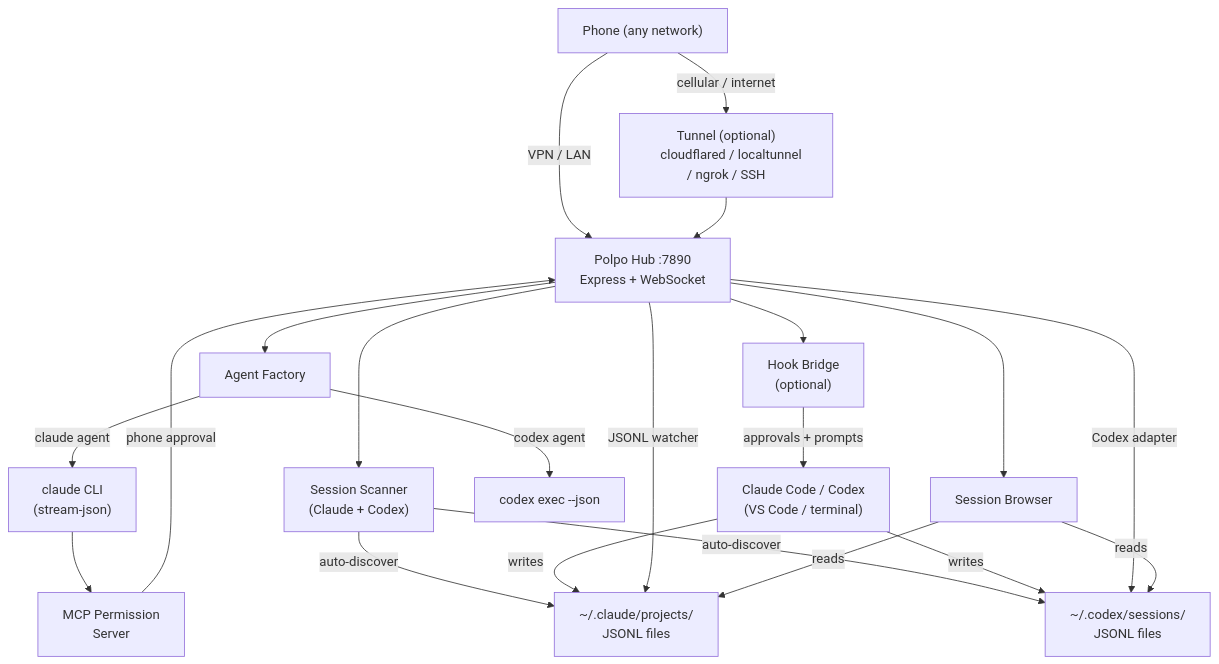
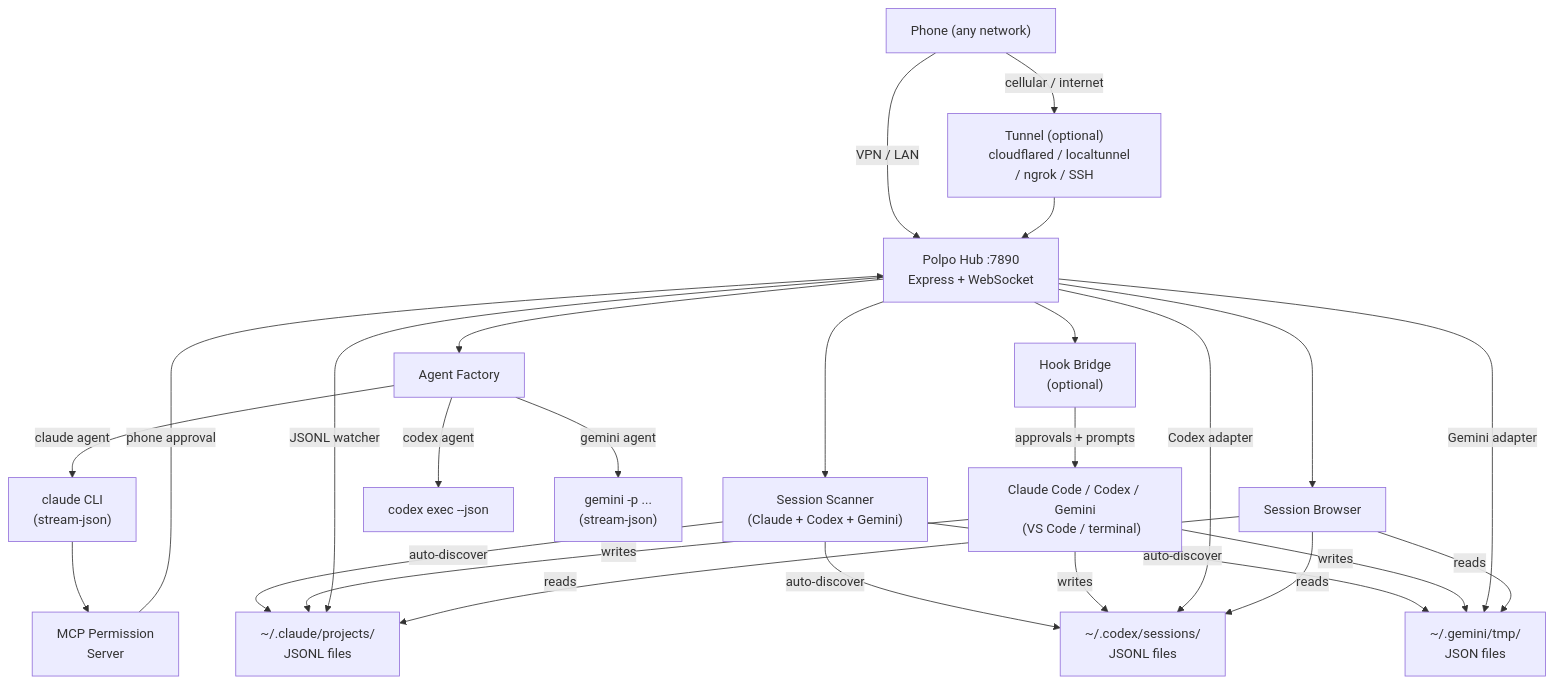
One commit to pugliatechs/polpo changed the diagram in README.md. Above: the diagram before and after it, drawn with Mermaid. The commit also changed other lines of this file and 17 other files, not shown here.

````diff
--- a/README.md
+++ b/README.md
@@ -388,46 +424,55 @@
 ```mermaid
 graph TD
     Phone["Phone (any network)"]
     Tunnel["Tunnel (optional)
     cloudflared / localtunnel / ngrok / SSH"]
     Hub["Polpo Hub :7890
     Express + WebSocket"]
     Factory["Agent Factory"]
     Scanner["Session Scanner
-    (Claude + Codex)"]
+    (Claude + Codex + Gemini)"]
     Hooks["Hook Bridge
     (optional)"]
     Browser["Session Browser"]
     Claude["claude CLI
     (stream-json)"]
     Codex["codex exec --json"]
-    VSCode["Claude Code / Codex
+    Gemini["gemini -p ...
+    (stream-json)"]
+    VSCode["Claude Code / Codex / Gemini
     (VS Code / terminal)"]
     MCP["MCP Permission
     Server"]
     ClaudeJSONL["~/.claude/projects/
     JSONL files"]
     CodexJSONL["~/.codex/sessions/
     JSONL files"]
+    GeminiJSON["~/.gemini/tmp/
+    JSON files"]
 
     Phone -->|"cellular / internet"| Tunnel
     Phone -->|"VPN / LAN"| Hub
     Tunnel --> Hub
     Hub --> Factory
     Hub --> Scanner
     Hub --> Hooks
     Hub --> Browser
     Factory -->|"claude agent"| Claude
     Factory -->|"codex agent"| Codex
+    Factory -->|"gemini agent"| Gemini
     Scanner -->|"auto-discover"| ClaudeJSONL
     Scanner -->|"auto-discover"| CodexJSONL
+    Scanner -->|"auto-discover"| GeminiJSON
     Hooks -->|"approvals + prompts"| VSCode
     VSCode -->|"writes"| ClaudeJSONL
     VSCode -->|"writes"| CodexJSONL
+    VSCode -->|"writes"| GeminiJSON
     Hub -->|"JSONL watcher"| ClaudeJSONL
     Hub -->|"Codex adapter"| CodexJSONL
+    Hub -->|"Gemini adapter"| GeminiJSON
     Claude --> MCP
     MCP -->|"phone approval"| Hub
     Browser -->|"reads"| ClaudeJSONL
     Browser -->|"reads"| CodexJSONL
+    Browser -->|"reads"| GeminiJSON
 ```
````
